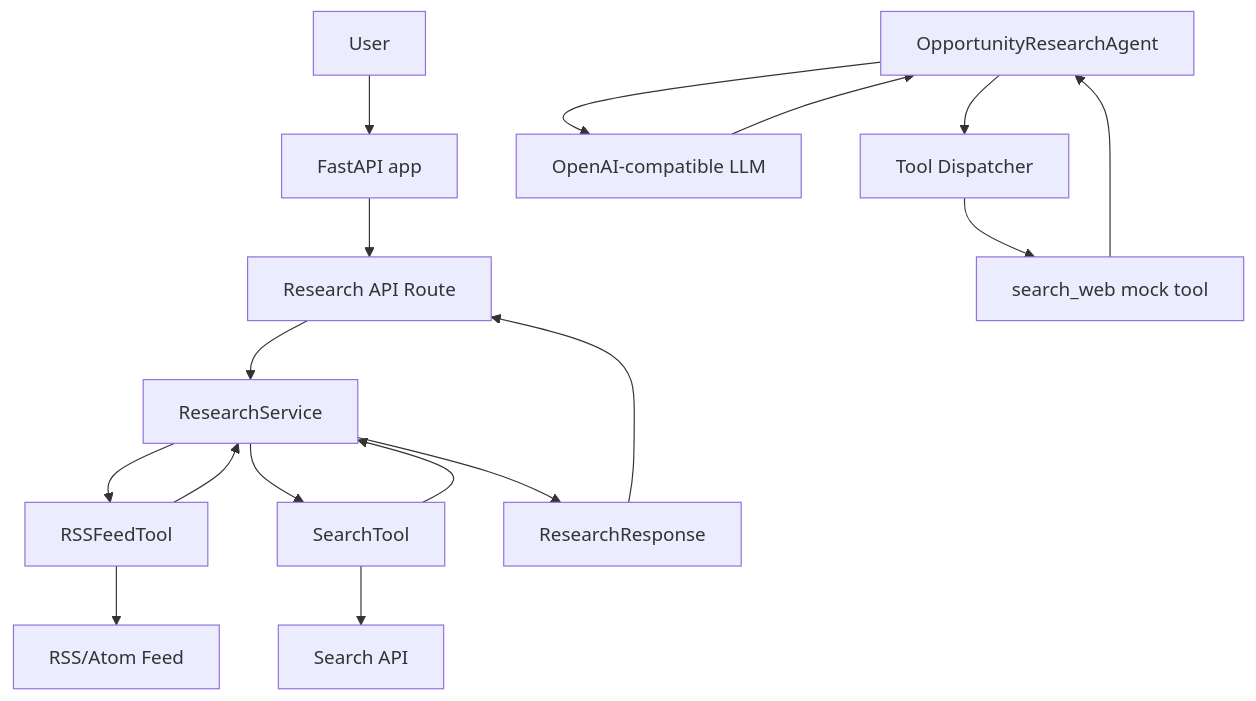
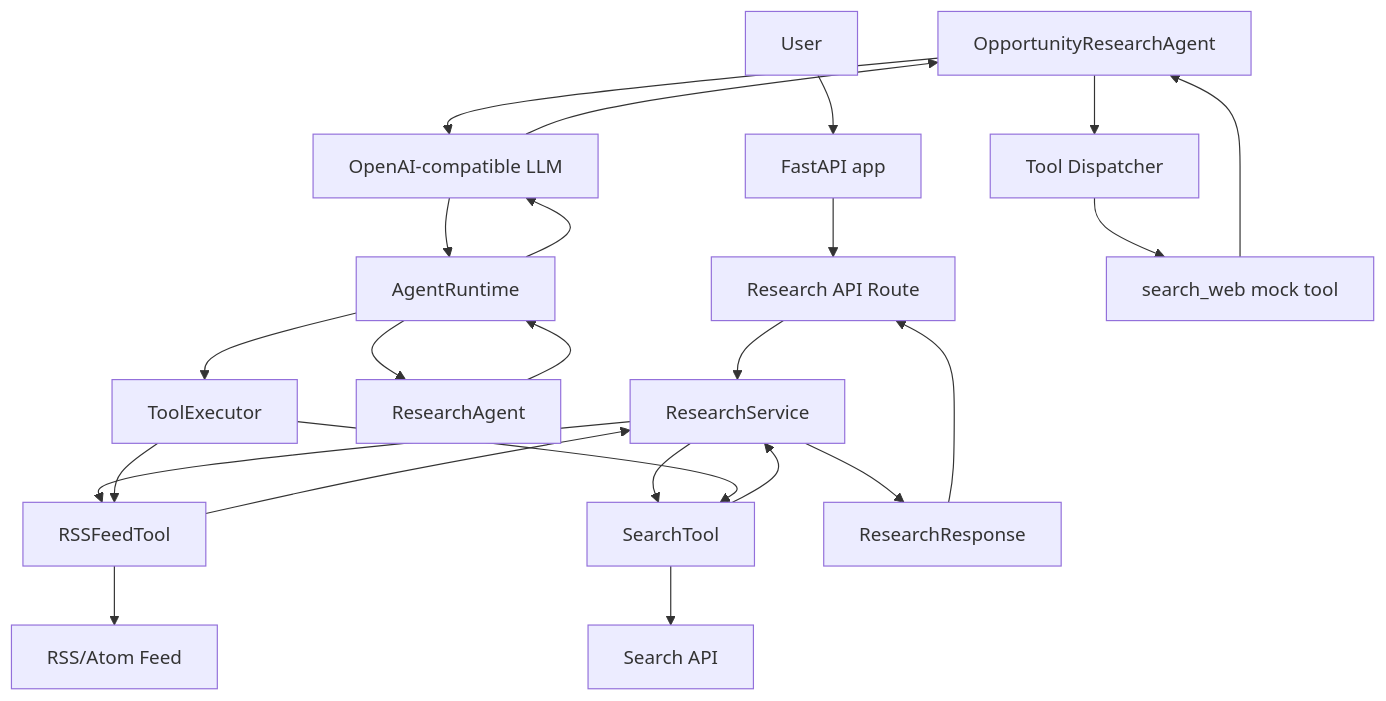
One commit to RJYAAVNA/agent-transition-lab changed the diagram in docs/ARCHITECTURE.md. Above: the diagram before and after it, drawn with Mermaid. The commit also changed other lines of this file and 12 other files, not shown here.

Commit message:
Complete TASK-005 and TASK-006 agent runtime

````diff
--- a/docs/ARCHITECTURE.md
+++ b/docs/ARCHITECTURE.md
@@ -88,34 +91,45 @@
 ```mermaid
 flowchart TD
     User[User]
     FastAPI[FastAPI app]
     API[Research API Route]
     Service[ResearchService]
     RSS[RSSFeedTool]
     Search[SearchTool]
     RSSAPI[RSS/Atom Feed]
     SearchAPI[Search API]
     Response[ResearchResponse]
-    Agent[OpportunityResearchAgent]
+    LegacyAgent[OpportunityResearchAgent]
+    ResearchAgent[ResearchAgent]
+    Runtime[AgentRuntime]
+    Executor[ToolExecutor]
     LLM[OpenAI-compatible LLM]
     Dispatcher[Tool Dispatcher]
     MockTool[search_web mock tool]
 
     User --> FastAPI
     FastAPI --> API
     API --> Service
     Service --> RSS
     Service --> Search
     RSS --> RSSAPI
     Search --> SearchAPI
     RSS --> Service
     Search --> Service
     Service --> Response
     Response --> API
 
-    Agent --> LLM
-    LLM --> Agent
-    Agent --> Dispatcher
+    LegacyAgent --> LLM
+    LLM --> LegacyAgent
+    LegacyAgent --> Dispatcher
     Dispatcher --> MockTool
-    MockTool --> Agent
+    MockTool --> LegacyAgent
+
+    ResearchAgent --> Runtime
+    Runtime --> LLM
+    LLM --> Runtime
+    Runtime --> Executor
+    Executor --> RSS
+    Executor --> Search
+    Runtime --> ResearchAgent
 ```
````
